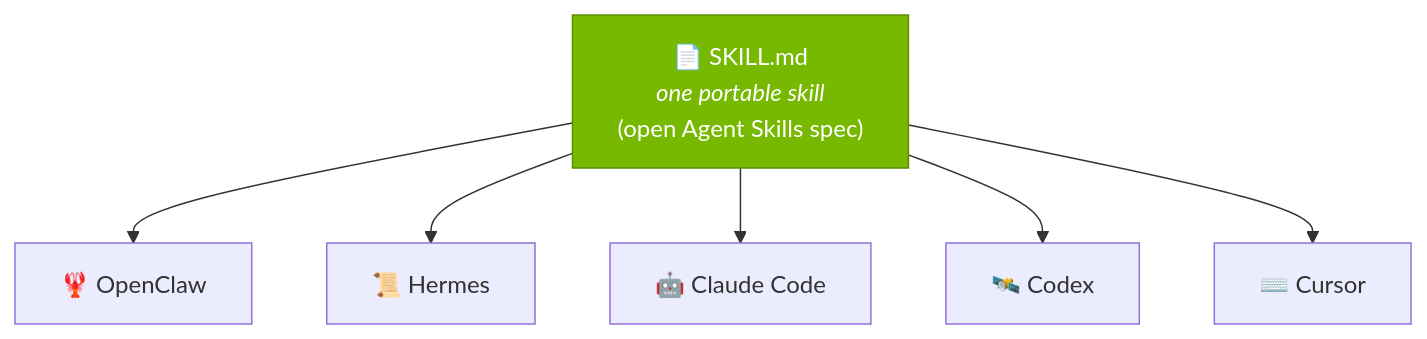
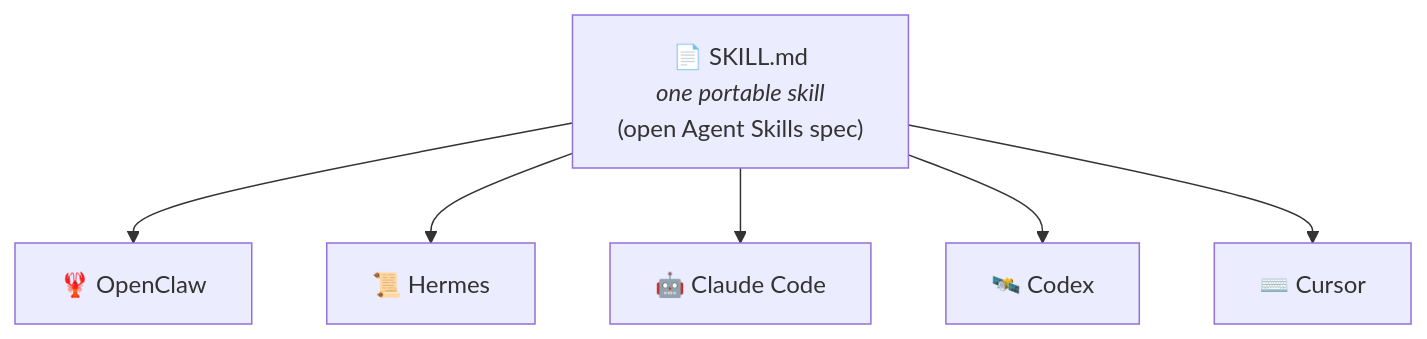
The diagram in .devx/7-agent-harnesses/agent_skills.md (brevdev/workshop-build-an-agent), drawn with Mermaid before and after one commit. The commit also changed other lines of this file and 20 other files, not shown here.

````diff
--- a/.devx/7-agent-harnesses/agent_skills.md
+++ b/.devx/7-agent-harnesses/agent_skills.md
@@ -58,10 +54,9 @@
 ```mermaid
 flowchart TB
     SKILL["📄 SKILL.md<br/><i>one portable skill</i><br/>(open Agent Skills spec)"]
     SKILL --> OC["🦞 OpenClaw"]
     SKILL --> HM["📜 Hermes"]
     SKILL --> CC["🤖 Claude Code"]
     SKILL --> CX["🛰️ Codex"]
     SKILL --> CU["⌨️ Cursor"]
-    style SKILL fill:#76b900,color:#fff,stroke:#5b8f00
 ```
````
